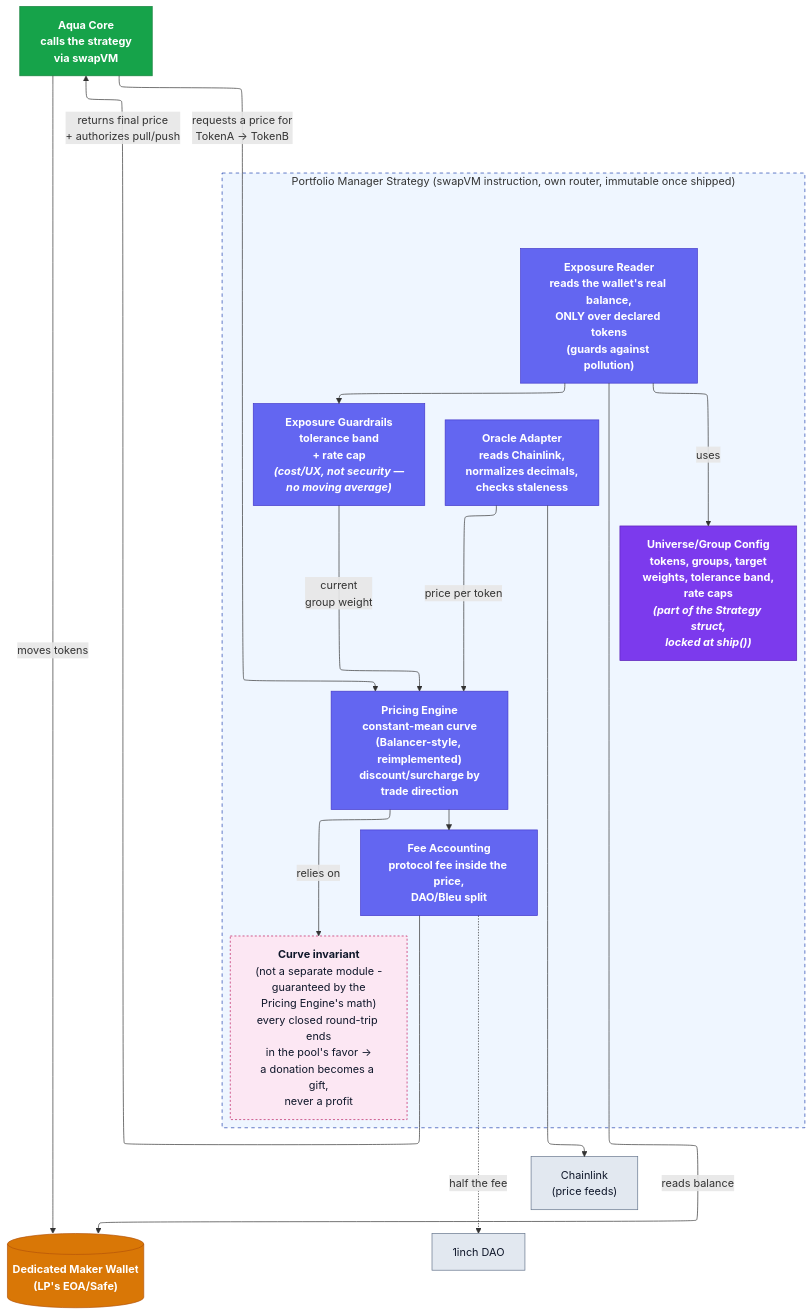
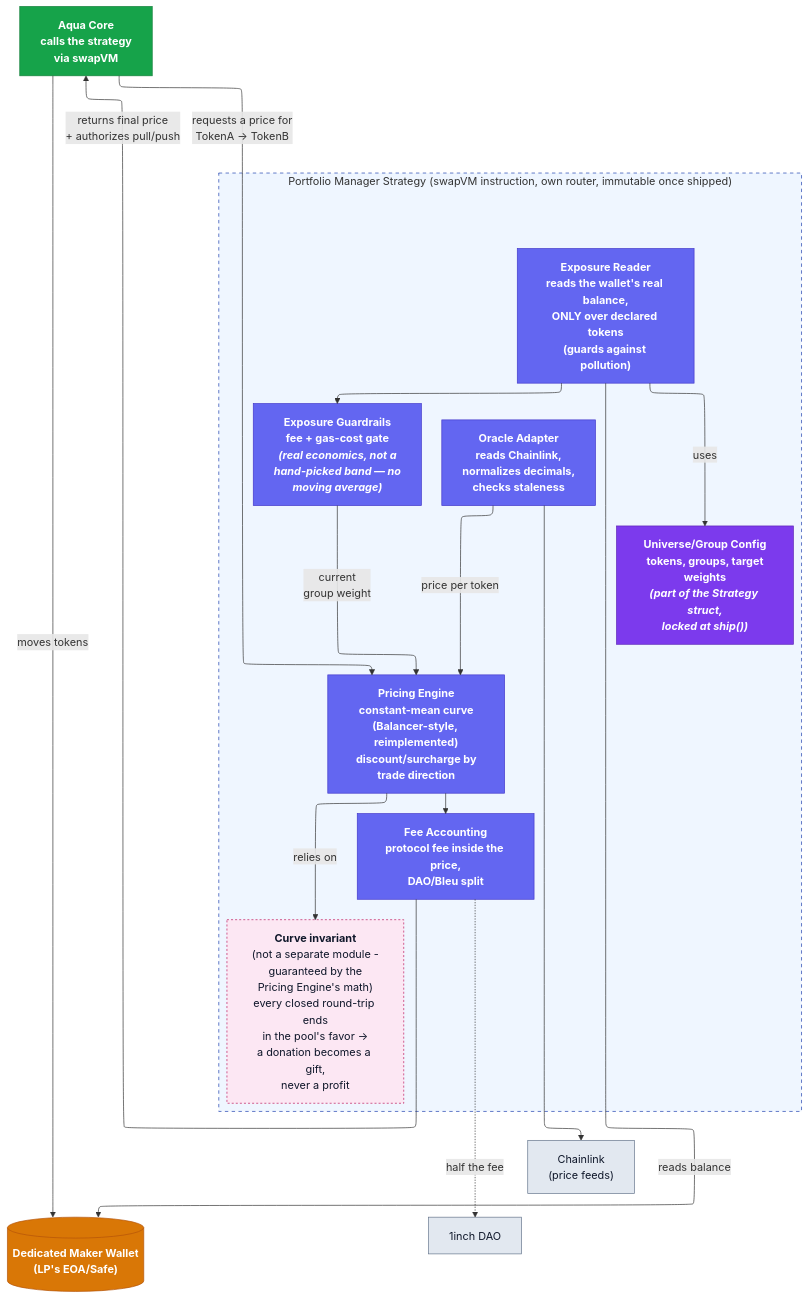
The second of 2 diagrams in docs/ARCHITECTURE.md (bleu/aqua-portfolio-manager), drawn with Mermaid before and after one commit. The commit also changed other lines of this file, not shown here.

First line of the commit message:
Update ARCHITECTURE.md's stale simulation-result claims

````diff
--- a/docs/ARCHITECTURE.md
+++ b/docs/ARCHITECTURE.md
@@ -167,54 +168,54 @@
 ```mermaid
 %%{init: {"flowchart": {"defaultRenderer": "elk"}} }%%
 flowchart TD
     Aqua["<b>Aqua Core</b><br/>calls the strategy<br/>via swapVM"]
     Wallet[("Dedicated Maker Wallet<br/>(LP's EOA/Safe)")]
     Chainlink["Chainlink<br/>(price feeds)"]
 
     subgraph Strategy["Portfolio Manager Strategy (swapVM instruction, own router, immutable once shipped)"]
-        Config["<b>Universe/Group Config</b><br/>tokens, groups, target<br/>weights, tolerance band,<br/>rate caps<br/><i>(part of the Strategy struct,<br/>locked at ship())</i>"]
+        Config["<b>Universe/Group Config</b><br/>tokens, groups, target<br/>weights<br/><i>(part of the Strategy struct,<br/>locked at ship())</i>"]
 
         ExposureReader["<b>Exposure Reader</b><br/>reads the wallet's real balance,<br/>ONLY over declared tokens<br/>(guards against pollution)"]
 
-        Smoothing["<b>Exposure Guardrails</b><br/>tolerance band<br/>+ rate cap<br/><i>(cost/UX, not security —<br/>no moving average)</i>"]
+        Smoothing["<b>Exposure Guardrails</b><br/>fee + gas-cost gate<br/><i>(real economics, not a<br/>hand-picked band — no<br/>moving average)</i>"]
 
         OracleAdapter["<b>Oracle Adapter</b><br/>reads Chainlink,<br/>normalizes decimals,<br/>checks staleness"]
 
         PricingEngine["<b>Pricing Engine</b><br/>constant-mean curve<br/>(Balancer-style, reimplemented)<br/>discount/surcharge by<br/>trade direction"]
 
         FeeAccounting["<b>Fee Accounting</b><br/>protocol fee inside the price,<br/>DAO/Bleu split"]
 
         Invariant["<b>Curve invariant</b><br/>(not a separate module -<br/>guaranteed by the<br/>Pricing Engine's math)<br/>every closed round-trip ends<br/>in the pool's favor -><br/>a donation becomes a gift,<br/>never a profit"]
     end
 
     DAO["1inch DAO"]
 
     Aqua -->|"requests a price for<br/>TokenA -> TokenB"| PricingEngine
     ExposureReader -->|"reads balance"| Wallet
     ExposureReader -->|"uses"| Config
     ExposureReader --> Smoothing
     Smoothing -->|"current<br/>group weight"| PricingEngine
     OracleAdapter --> Chainlink
     OracleAdapter -->|"price per token"| PricingEngine
     PricingEngine -->|"relies on"| Invariant
     PricingEngine --> FeeAccounting
     FeeAccounting -->|"returns final price<br/>+ authorizes pull/push"| Aqua
     Aqua -->|"moves tokens"| Wallet
     FeeAccounting -.->|"half the fee"| DAO
 
     classDef aqua fill:#16a34a,stroke:#15803d,color:#ffffff,font-weight:bold
     classDef wallet fill:#d97706,stroke:#b45309,color:#ffffff,font-weight:bold
     classDef external fill:#e2e8f0,stroke:#64748b,color:#0f172a
     classDef config fill:#7c3aed,stroke:#5b21b6,color:#ffffff,font-weight:bold
     classDef logic fill:#6366f1,stroke:#4338ca,color:#ffffff,font-weight:bold
     classDef invariant fill:#fce7f3,stroke:#be185d,color:#0f172a,stroke-dasharray: 3 3
 
     class Aqua aqua
     class Wallet wallet
     class Chainlink,DAO external
     class Config config
     class ExposureReader,Smoothing,OracleAdapter,PricingEngine,FeeAccounting logic
     class Invariant invariant
 
     style Strategy fill:#eff6ff,stroke:#1e40af,stroke-dasharray: 5 5
 ```
````
